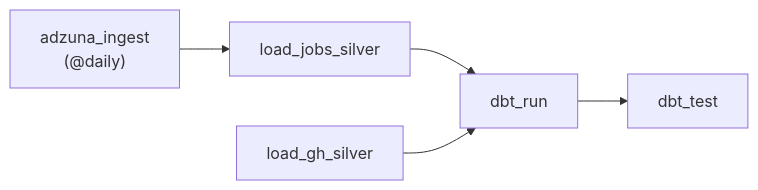
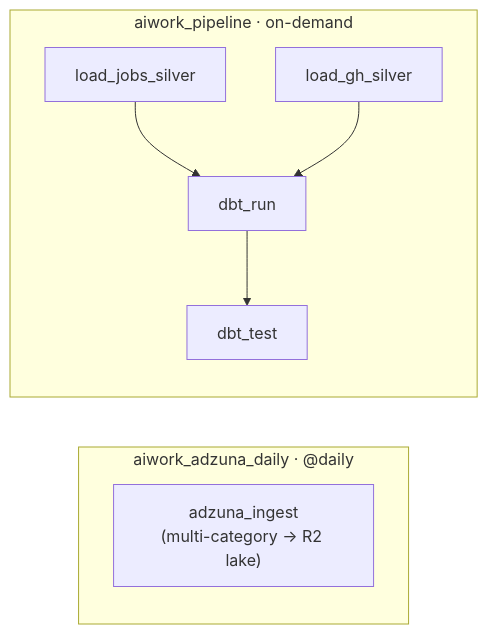
Before and after one commit to Riadh180/data-engineering-capstone: the fifth of 5 diagrams in pipeline_reference_cloud.md, drawn with Mermaid. The commit also changed other lines of this file and 4 other files, not shown here.

````diff
--- a/pipeline_reference_cloud.md
+++ b/pipeline_reference_cloud.md
@@ -212,7 +212,10 @@
 ```mermaid
 flowchart LR
-    ADZ["adzuna_ingest<br/>(@daily)"] --> LJS["load_jobs_silver"]
-    LJS --> DR
-    LGS["load_gh_silver"] --> DR["dbt_run"]
-    DR --> DT["dbt_test"]
+    subgraph D1["aiwork_adzuna_daily  ·  @daily"]
+      ADZ["adzuna_ingest<br/>(multi-category → R2 lake)"]
+    end
+    subgraph D2["aiwork_pipeline  ·  on-demand"]
+      LJS["load_jobs_silver"] --> DR["dbt_run"]
+      LGS["load_gh_silver"] --> DR --> DT["dbt_test"]
+    end
 ```
````
